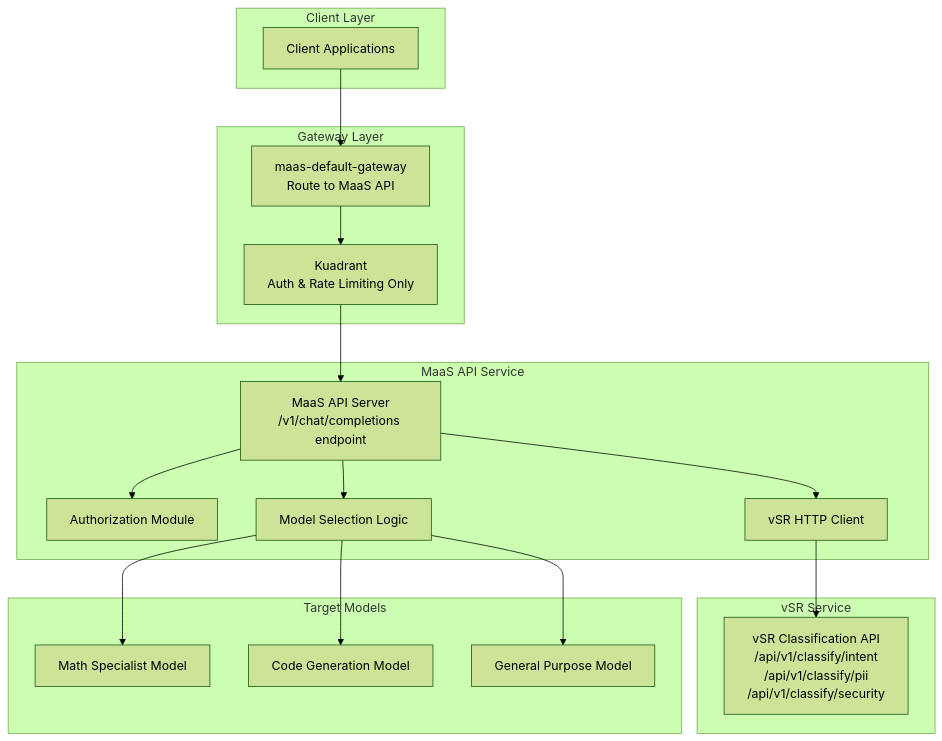
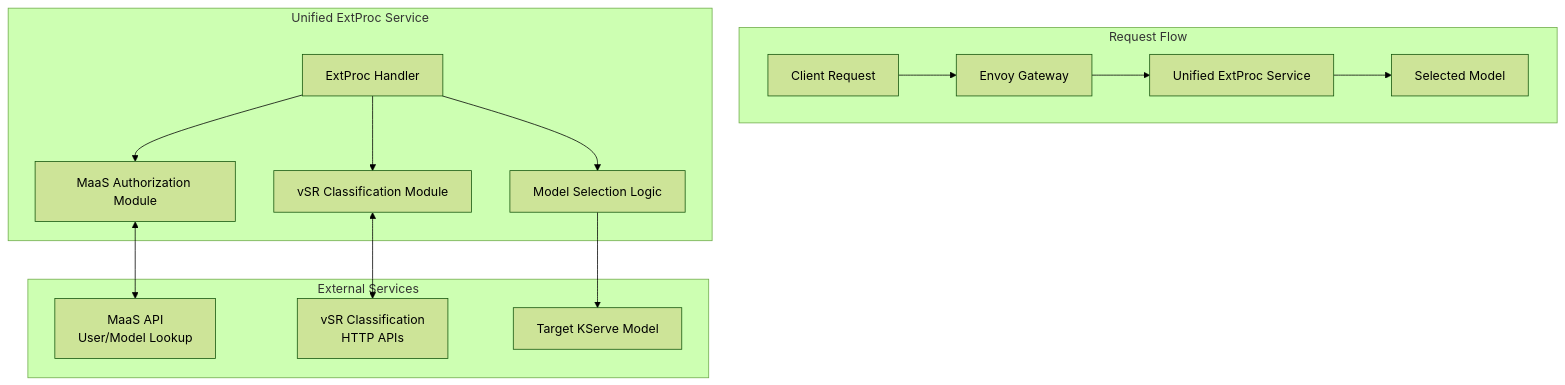
The first of 2 diagrams in docs/designs/vSR-Integration/README.md (noyitz/maas-billing), drawn with Mermaid (forest theme) before and after one commit. The commit also changed other lines of this file, not shown here.

First line of the commit message:
Redesign vSR integration as clean, solution-focused architecture

````diff
--- a/docs/designs/vSR-Integration/README.md
+++ b/docs/designs/vSR-Integration/README.md
@@ -235,41 +15,29 @@
 ```mermaid
 graph TB
-    subgraph "Client Layer"
-        Client[Client Applications]
+    subgraph "Request Flow"
+        Client[Client Request] --> Gateway[Envoy Gateway]
+        Gateway --> ExtProc[Unified ExtProc Service]
+        ExtProc --> Model[Selected Model]
     end
     
-    subgraph "Gateway Layer" 
-        Gateway[maas-default-gateway<br/>Route to MaaS API]
-        Kuadrant[Kuadrant<br/>Auth & Rate Limiting Only]
+    subgraph "Unified ExtProc Service"
+        ExtProcCore[ExtProc Handler]
+        MaaSAuth[MaaS Authorization Module]
+        VSRClassifier[vSR Classification Module]
+        ModelSelector[Model Selection Logic]
     end
     
-    subgraph "MaaS API Service"
-        MaaSAPI[MaaS API Server<br/>/v1/chat/completions endpoint]
-        AuthCheck[Authorization Module]
-        VSRClient[vSR HTTP Client]
-        ModelRouter[Model Selection Logic]
+    subgraph "External Services"
+        MaaSAPI[MaaS API<br/>User/Model Lookup]
+        VSRService[vSR Classification<br/>HTTP APIs]
+        KServeModel[Target KServe Model]
     end
     
-    subgraph "vSR Service"
-        VSRService[vSR Classification API<br/>/api/v1/classify/intent<br/>/api/v1/classify/pii<br/>/api/v1/classify/security]
-    end
+    ExtProcCore --> MaaSAuth
+    ExtProcCore --> VSRClassifier
+    ExtProcCore --> ModelSelector
     
-    subgraph "Target Models"
-        Model1[Math Specialist Model]
-        Model2[Code Generation Model] 
-        Model3[General Purpose Model]
-    end
-    
-    Client --> Gateway
-    Gateway --> Kuadrant
-    Kuadrant --> MaaSAPI
-    
-    MaaSAPI --> AuthCheck
-    MaaSAPI --> VSRClient
-    VSRClient --> VSRService
-    MaaSAPI --> ModelRouter
-    
-    ModelRouter --> Model1
-    ModelRouter --> Model2
-    ModelRouter --> Model3
+    MaaSAuth <--> MaaSAPI
+    VSRClassifier <--> VSRService
+    ModelSelector --> KServeModel
 ```
````
